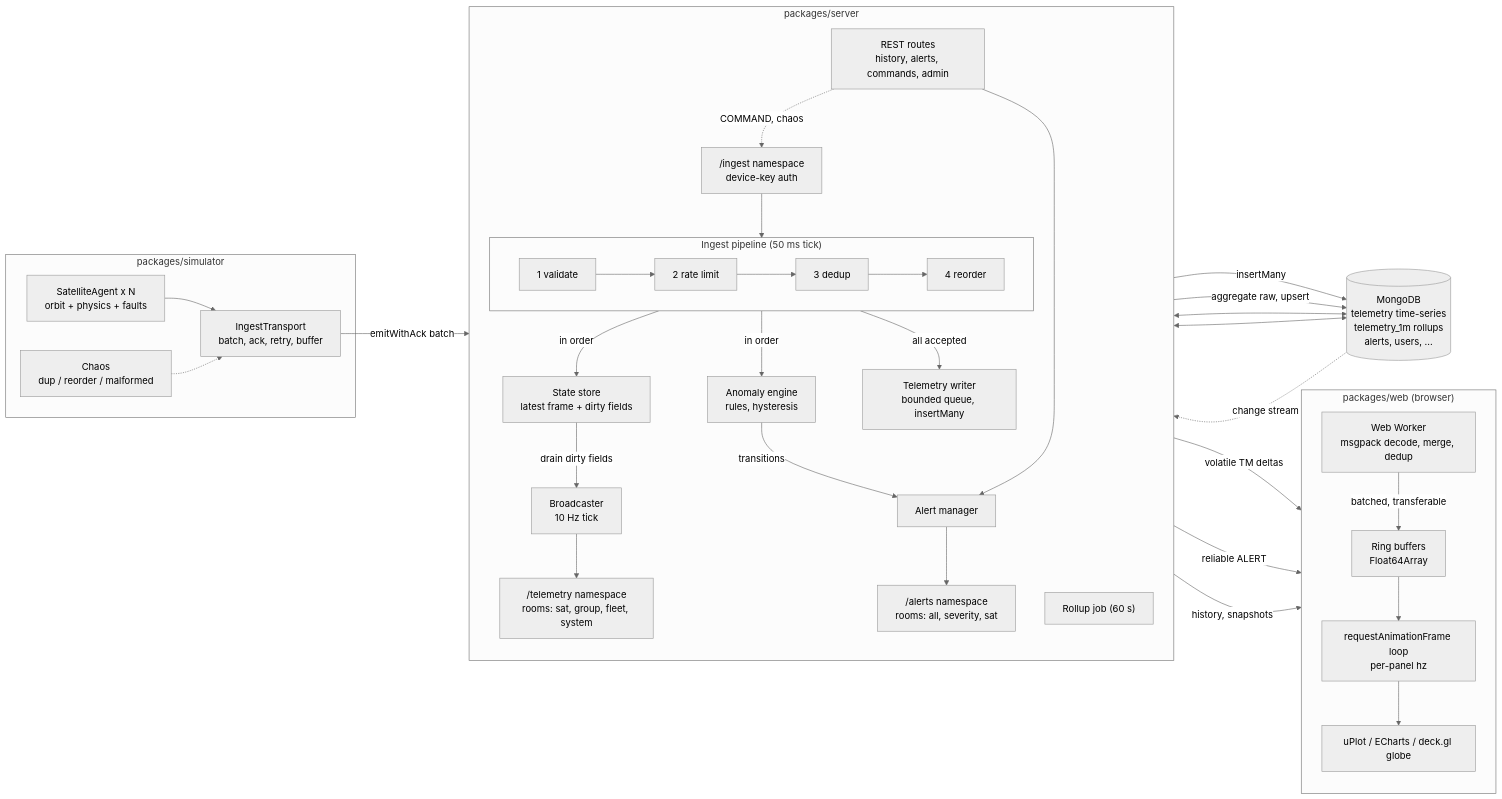
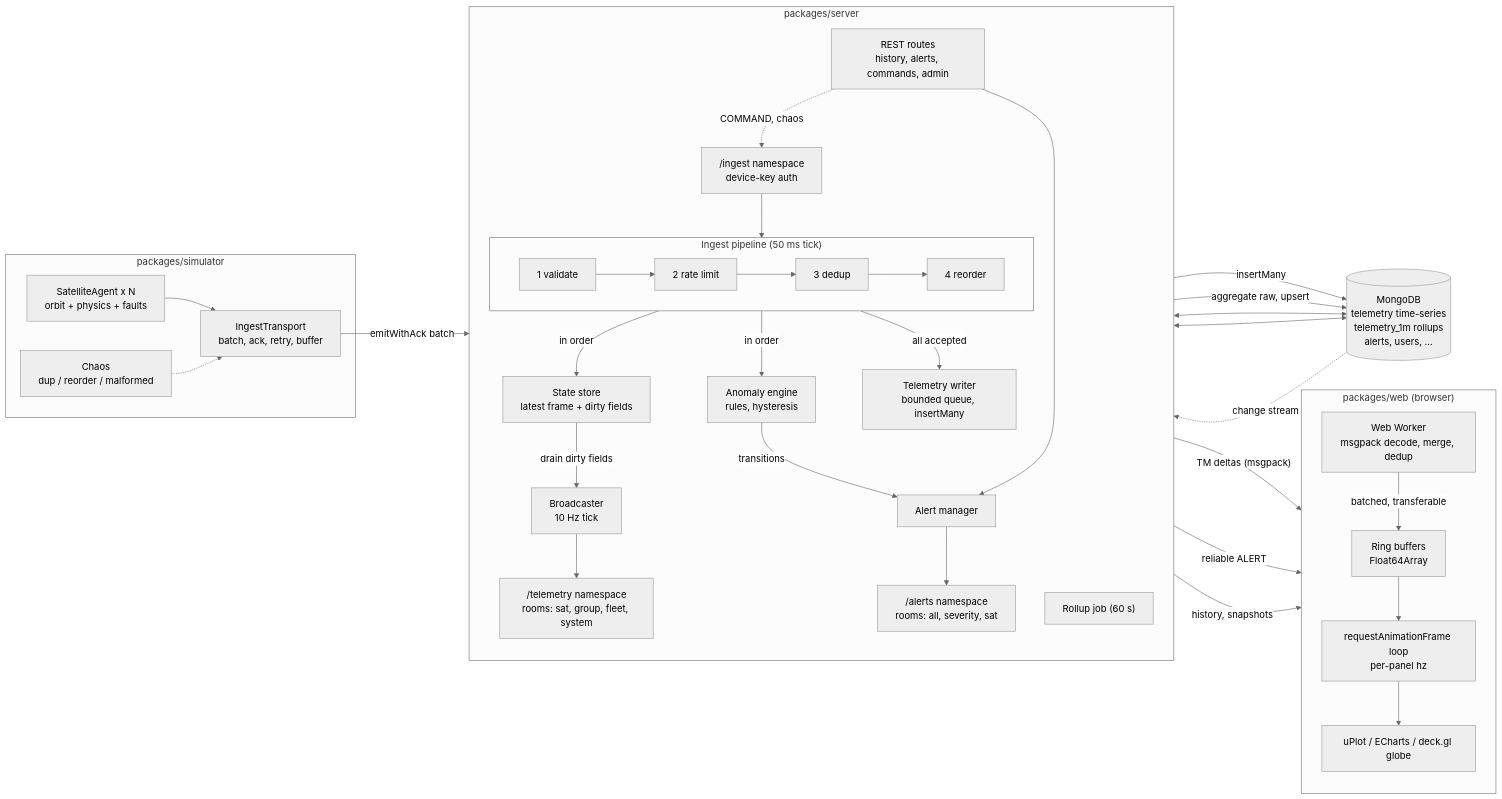
Before and after one commit to Amogh-Gurudatta/orbitops: the second of 4 diagrams in docs/ARCHITECTURE.md, drawn with Mermaid (neutral theme). The commit also changed other lines of this file and 6 other files, not shown here.

````diff
--- a/docs/ARCHITECTURE.md
+++ b/docs/ARCHITECTURE.md
@@ -40,59 +40,59 @@
 ```mermaid
 flowchart LR
   subgraph SIMP["packages/simulator"]
     AG["SatelliteAgent x N<br/>orbit + physics + faults"]
     TR["IngestTransport<br/>batch, ack, retry, buffer"]
     CH["Chaos<br/>dup / reorder / malformed"]
     AG --> TR
     CH -.-> TR
   end
 
   subgraph SRV["packages/server"]
     direction TB
     NSI["/ingest namespace<br/>device-key auth"]
     subgraph PIPE["Ingest pipeline (50 ms tick)"]
       direction LR
       V1["1 validate"] --> V2["2 rate limit"] --> V3["3 dedup"] --> V4["4 reorder"]
     end
     ST["State store<br/>latest frame + dirty fields"]
     AN["Anomaly engine<br/>rules, hysteresis"]
     WR["Telemetry writer<br/>bounded queue, insertMany"]
     AM["Alert manager"]
     RU["Rollup job (60 s)"]
     BC["Broadcaster<br/>10 Hz tick"]
     NST["/telemetry namespace<br/>rooms: sat, group, fleet, system"]
     NSA["/alerts namespace<br/>rooms: all, severity, sat"]
     REST["REST routes<br/>history, alerts, commands, admin"]
     NSI --> PIPE
     V4 -->|"in order"| ST
     V4 -->|"in order"| AN
     V4 -->|"all accepted"| WR
     AN -->|"transitions"| AM
     ST -->|"drain dirty fields"| BC
     BC --> NST
     AM --> NSA
     REST --> AM
     REST -.->|"COMMAND, chaos"| NSI
   end
 
   DB[("MongoDB<br/>telemetry time-series<br/>telemetry_1m rollups<br/>alerts, users, ...")]
   WR -->|"insertMany"| DB
   RU -->|"aggregate raw, upsert"| DB
   AM <--> DB
   REST <--> DB
   DB -.->|"change stream"| AM
 
   subgraph WEBP["packages/web (browser)"]
     direction TB
     WK["Web Worker<br/>msgpack decode, merge, dedup"]
     RB["Ring buffers<br/>Float64Array"]
     RAF["requestAnimationFrame loop<br/>per-panel hz"]
     VIS["uPlot / ECharts / deck.gl globe"]
     WK -->|"batched, transferable"| RB --> RAF --> VIS
   end
 
   TR -->|"emitWithAck batch"| NSI
-  NST -->|"volatile TM deltas"| WK
+  NST -->|"TM deltas (msgpack)"| WK
   NSA -->|"reliable ALERT"| WK
   REST -->|"history, snapshots"| RB
 ```
````
